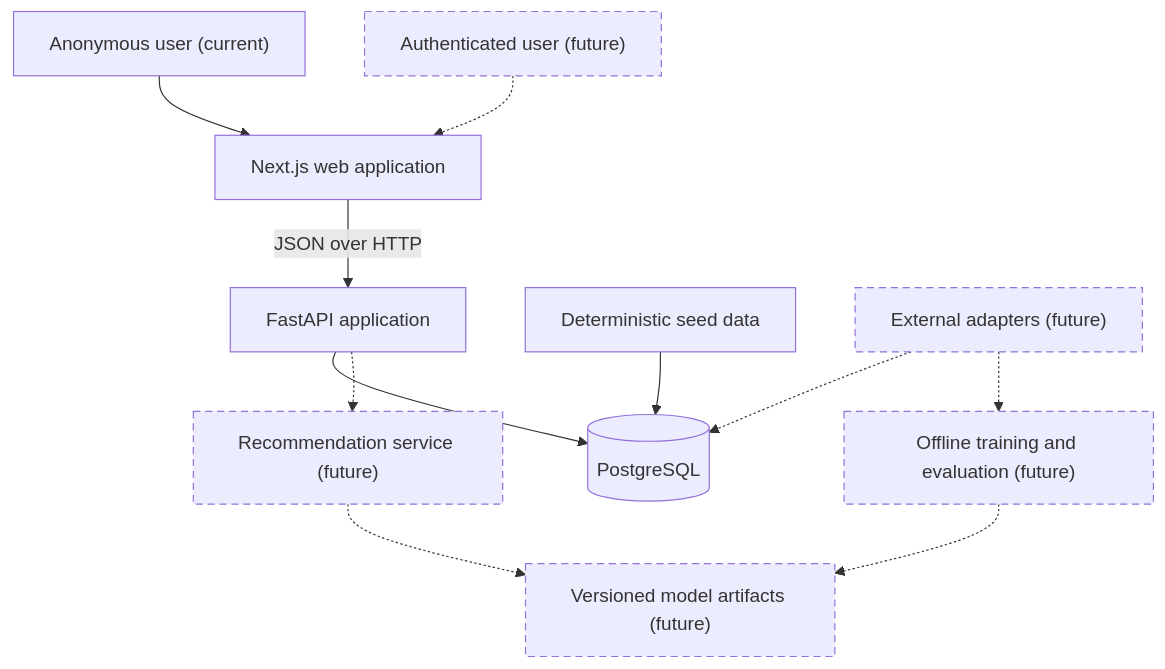
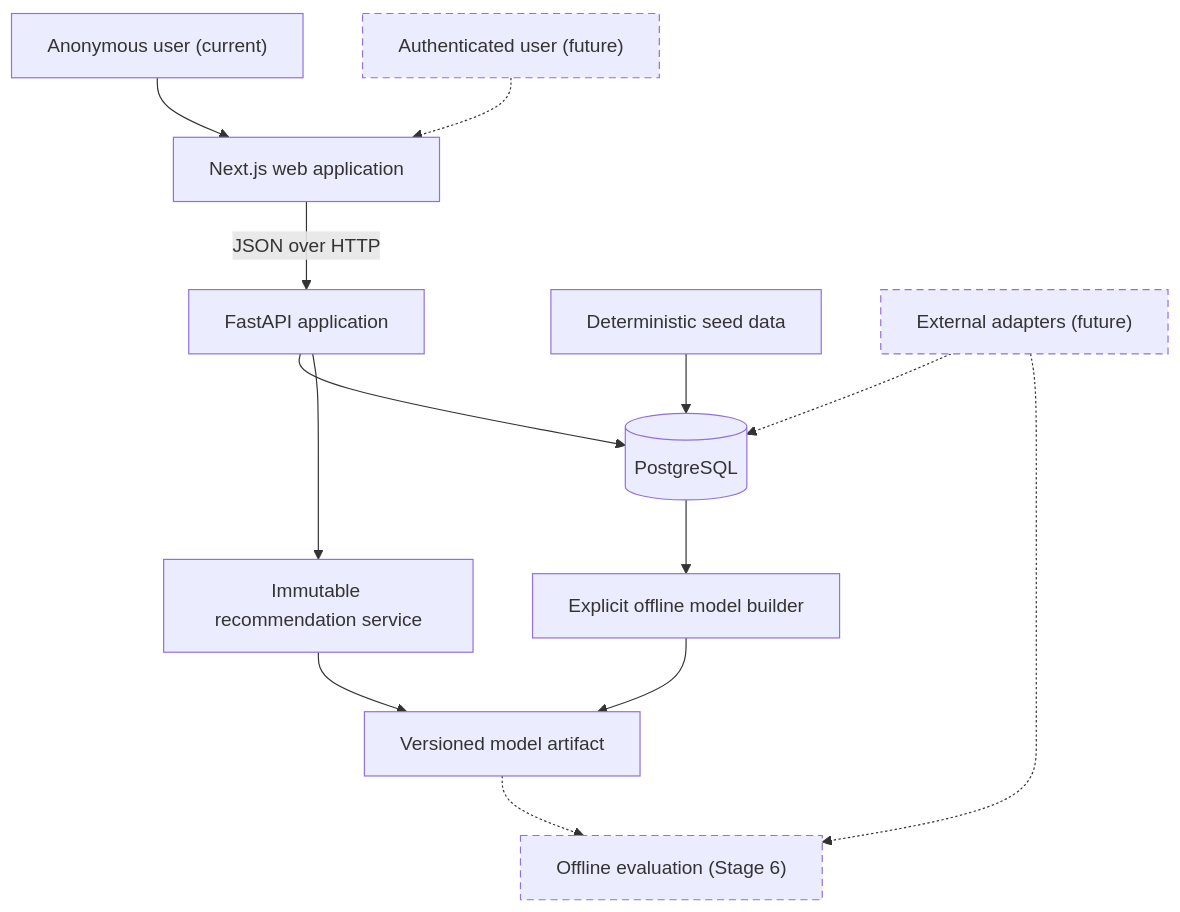
Before and after one commit to Khang206206/gamelens-ai: the first of 2 diagrams in docs/architecture.md, drawn with Mermaid. The commit also changed other lines of this file and 74 other files, not shown here.

````diff
--- a/docs/architecture.md
+++ b/docs/architecture.md
@@ -14,26 +14,29 @@
 ```mermaid
 flowchart TB
     User["Anonymous user (current)"]
     AuthUser["Authenticated user (future)"]:::future
     Web["Next.js web application"]
     API["FastAPI application"]
     DB[("PostgreSQL")]
     Seed["Deterministic seed data"]
-    Recommender["Recommendation service (future)"]:::future
-    Artifacts["Versioned model artifacts (future)"]:::future
-    Pipeline["Offline training and evaluation (future)"]:::future
+    Recommender["Immutable recommendation service"]
+    Artifacts["Versioned model artifact"]
+    Builder["Explicit offline model builder"]
+    Evaluation["Offline evaluation (Stage 6)"]:::future
     Sources["External adapters (future)"]:::future
 
     User --> Web
     Web -->|"JSON over HTTP"| API
     API --> DB
     Seed --> DB
     AuthUser -.-> Web
-    API -.-> Recommender
-    Recommender -.-> Artifacts
+    API --> Recommender
+    Recommender --> Artifacts
+    DB --> Builder
+    Builder --> Artifacts
     Sources -.-> DB
-    Sources -.-> Pipeline
-    Pipeline -.-> Artifacts
+    Sources -.-> Evaluation
+    Artifacts -.-> Evaluation
 
     classDef future stroke-dasharray: 6 4
 ```
````
